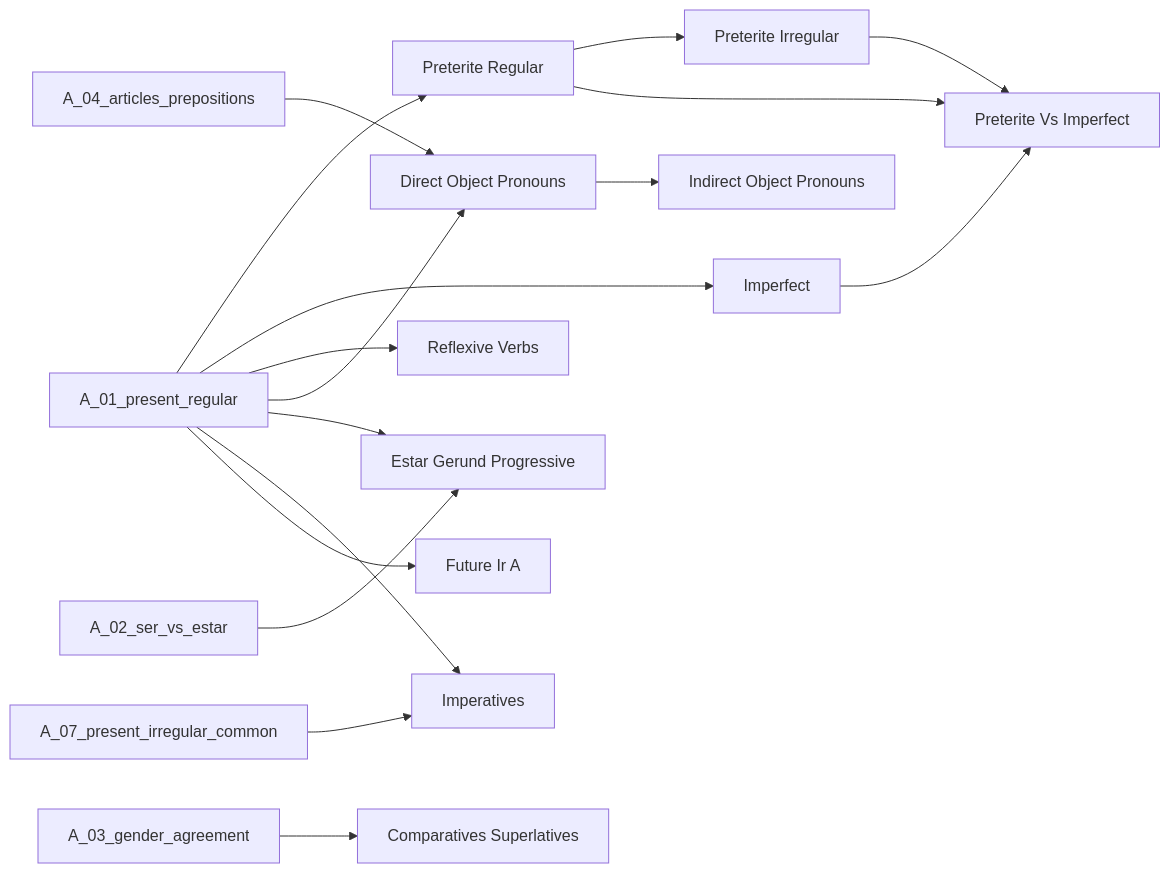
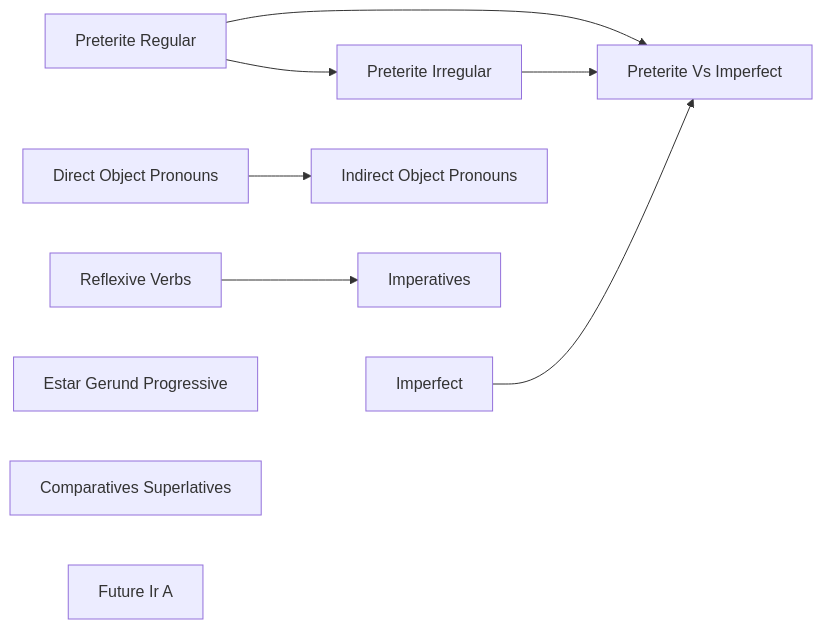
One commit to KWedey/spanish-tutor changed the second of 4 diagrams in vault/Roadmap.md. Above: the diagram before and after it, drawn with Mermaid. The commit also changed other lines of this file and 2 other files, not shown here.

Commit message:
feat: add input progress display to vault dashboard and roadmap

````diff
--- a/vault/Roadmap.md
+++ b/vault/Roadmap.md
@@ -59,30 +59,20 @@
 ```mermaid
 flowchart LR
     B_01_preterite_regular["Preterite Regular"]
     B_02_preterite_irregular["Preterite Irregular"]
     B_03_imperfect["Imperfect"]
     B_04_preterite_vs_imperfect["Preterite Vs Imperfect"]
     B_05_reflexive_verbs["Reflexive Verbs"]
     B_06_direct_object_pronouns["Direct Object Pronouns"]
     B_07_indirect_object_pronouns["Indirect Object Pronouns"]
     B_08_estar_gerund_progressive["Estar Gerund Progressive"]
     B_09_imperatives["Imperatives"]
     B_10_comparatives_superlatives["Comparatives Superlatives"]
     B_11_future_ir_a["Future Ir A"]
-    A_01_present_regular --> B_01_preterite_regular
     B_01_preterite_regular --> B_02_preterite_irregular
-    A_01_present_regular --> B_03_imperfect
     B_01_preterite_regular --> B_04_preterite_vs_imperfect
     B_02_preterite_irregular --> B_04_preterite_vs_imperfect
     B_03_imperfect --> B_04_preterite_vs_imperfect
-    A_01_present_regular --> B_05_reflexive_verbs
-    A_01_present_regular --> B_06_direct_object_pronouns
-    A_04_articles_prepositions --> B_06_direct_object_pronouns
     B_06_direct_object_pronouns --> B_07_indirect_object_pronouns
-    A_01_present_regular --> B_08_estar_gerund_progressive
-    A_02_ser_vs_estar --> B_08_estar_gerund_progressive
-    A_01_present_regular --> B_09_imperatives
-    A_07_present_irregular_common --> B_09_imperatives
-    A_03_gender_agreement --> B_10_comparatives_superlatives
-    A_01_present_regular --> B_11_future_ir_a
+    B_05_reflexive_verbs --> B_09_imperatives
 ```
````
